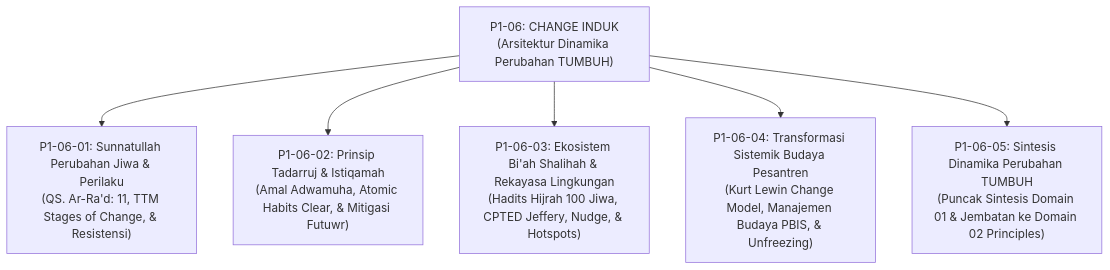
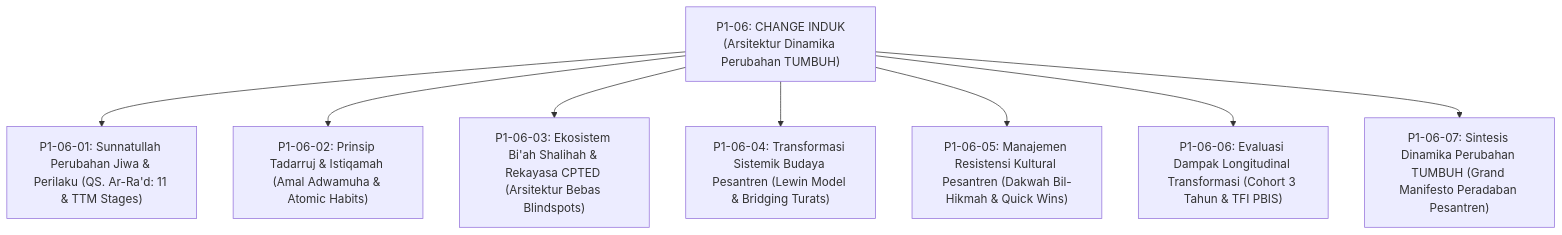
One commit to wandiapriliyandi/tumbuh changed the second of 3 diagrams in 01 Philosophy/06 Change/P1-06-Change-TUMBUH.md. Above: the diagram before and after it, drawn with Mermaid. The commit also changed other lines of this file and 15 other files, not shown here.

````diff
--- a/01 Philosophy/06 Change/P1-06-Change-TUMBUH.md
+++ b/01 Philosophy/06 Change/P1-06-Change-TUMBUH.md
@@ -72,10 +72,12 @@
 ```mermaid
 graph TD
     Master["P1-06: CHANGE INDUK<br/>(Arsitektur Dinamika Perubahan TUMBUH)"]
     
-    Master --> M1["P1-06-01: Sunnatullah Perubahan Jiwa & Perilaku<br/>(QS. Ar-Ra'd: 11, TTM Stages of Change, & Resistensi)"]
-    Master --> M2["P1-06-02: Prinsip Tadarruj & Istiqamah<br/>(Amal Adwamuha, Atomic Habits Clear, & Mitigasi Futuwr)"]
-    Master --> M3["P1-06-03: Ekosistem Bi'ah Shalihah & Rekayasa Lingkungan<br/>(Hadits Hijrah 100 Jiwa, CPTED Jeffery, Nudge, & Hotspots)"]
-    Master --> M4["P1-06-04: Transformasi Sistemik Budaya Pesantren<br/>(Kurt Lewin Change Model, Manajemen Budaya PBIS, & Unfreezing)"]
-    Master --> M5["P1-06-05: Sintesis Dinamika Perubahan TUMBUH<br/>(Puncak Sintesis Domain 01 & Jembatan ke Domain 02 Principles)"]
+    Master --> M1["P1-06-01: Sunnatullah Perubahan Jiwa & Perilaku (QS. Ar-Ra'd: 11 & TTM Stages)"]
+    Master --> M2["P1-06-02: Prinsip Tadarruj & Istiqamah (Amal Adwamuha & Atomic Habits)"]
+    Master --> M3["P1-06-03: Ekosistem Bi'ah Shalihah & Rekayasa CPTED (Arsitektur Bebas Blindspots)"]
+    Master --> M4["P1-06-04: Transformasi Sistemik Budaya Pesantren (Lewin Model & Bridging Turats)"]
+    Master --> M5["P1-06-05: Manajemen Resistensi Kultural Pesantren (Dakwah Bil-Hikmah & Quick Wins)"]
+    Master --> M6["P1-06-06: Evaluasi Dampak Longitudinal Transformasi (Cohort 3 Tahun & TFI PBIS)"]
+    Master --> M7["P1-06-07: Sintesis Dinamika Perubahan TUMBUH (Grand Manifesto Peradaban Pesantren)"]
 ```
````
